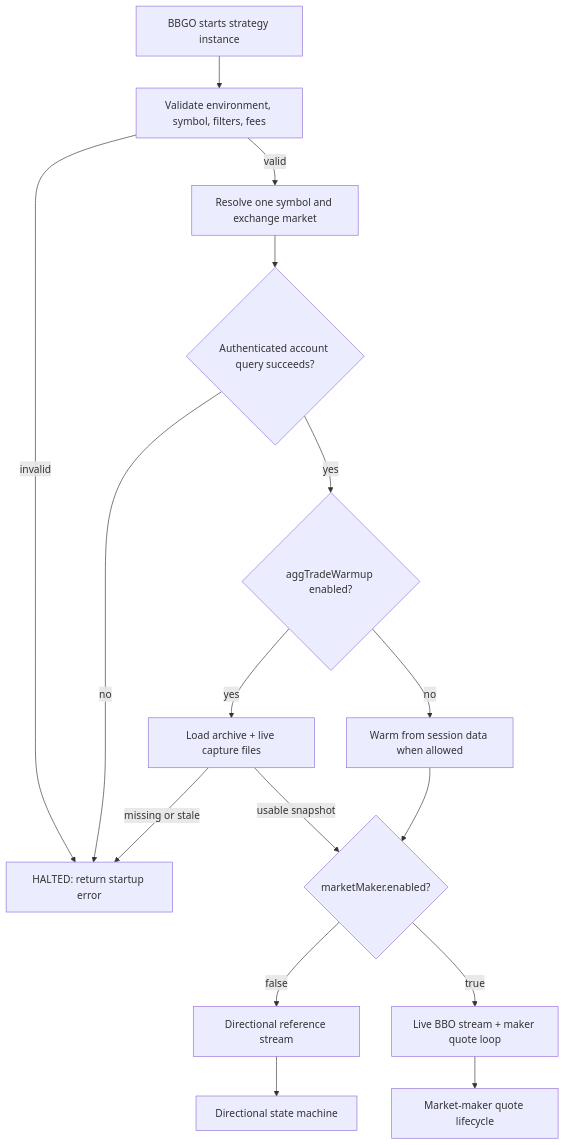
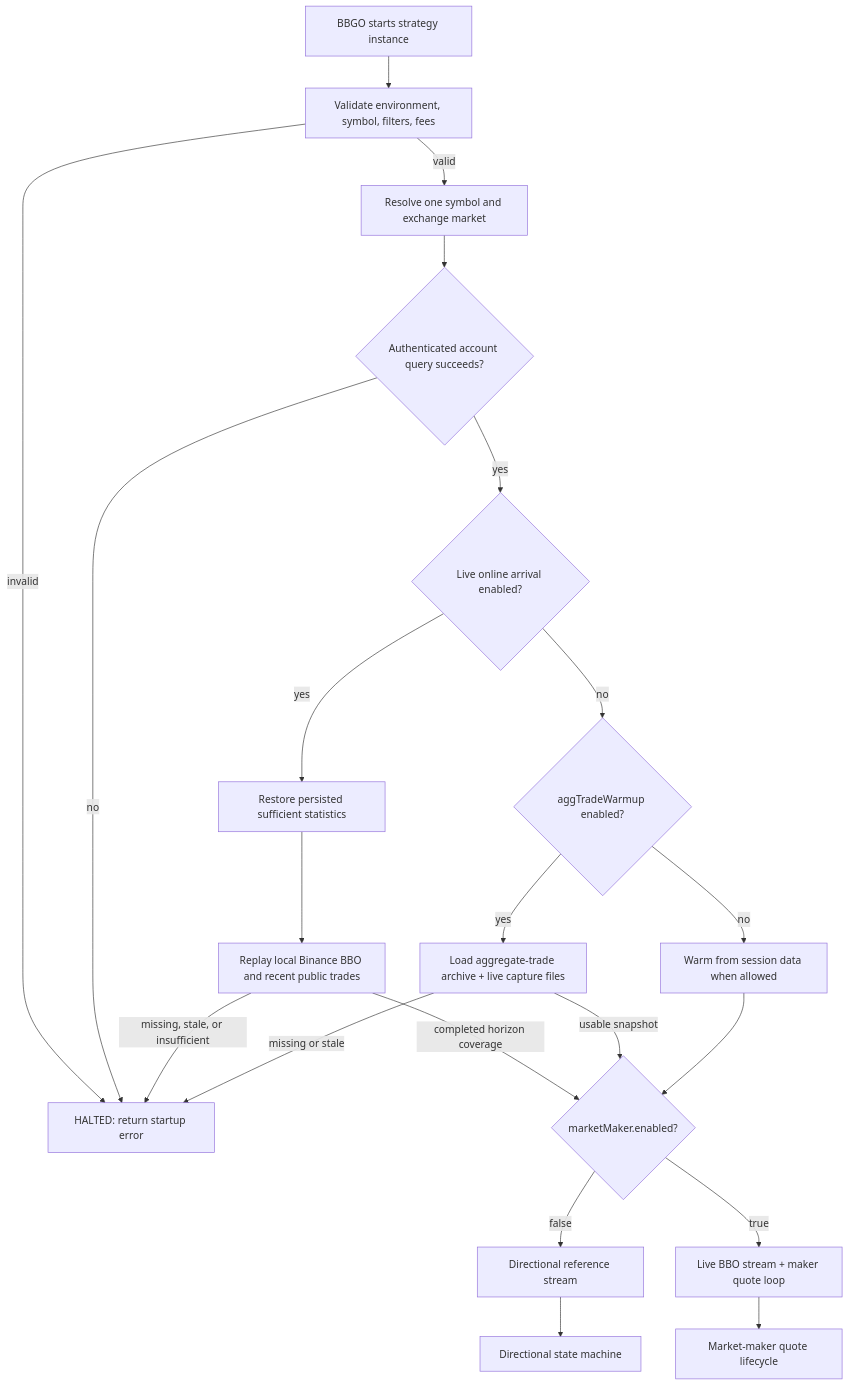
One commit to zenixls2/bbgo changed the first of 4 diagrams in docs/gammacapture.md. Above: the diagram before and after it, drawn with Mermaid. The commit also changed other lines of this file and 50 other files, not shown here.

Commit message:
Improve gamma-capture online market making

````diff
--- a/docs/gammacapture.md
+++ b/docs/gammacapture.md
@@ -45,18 +46,23 @@
 ```mermaid
 flowchart TD
   A[BBGO starts strategy instance] --> B[Validate environment, symbol, filters, fees]
   B -->|invalid| H[HALTED: return startup error]
   B -->|valid| C[Resolve one symbol and exchange market]
   C --> D{Authenticated account query succeeds?}
   D -->|no| H
-  D -->|yes| E{aggTradeWarmup enabled?}
-  E -->|no| F[Warm from session data when allowed]
-  E -->|yes| G[Load archive + live capture files]
-  G -->|missing or stale| H
-  G -->|usable snapshot| I{marketMaker.enabled?}
-  F --> I
+  D -->|yes| E{Live online arrival enabled?}
+  E -->|yes| F[Restore persisted sufficient statistics]
+  F --> P[Replay local Binance BBO and recent public trades]
+  P -->|missing, stale, or insufficient| H
+  P -->|completed horizon coverage| I{marketMaker.enabled?}
+  E -->|no| G{aggTradeWarmup enabled?}
+  G -->|yes| W[Load aggregate-trade archive + live capture files]
+  G -->|no| X[Warm from session data when allowed]
+  W -->|missing or stale| H
+  W -->|usable snapshot| I
+  X --> I
   I -->|false| J[Directional reference stream]
   I -->|true| K[Live BBO stream + maker quote loop]
   J --> L[Directional state machine]
   K --> M[Market-maker quote lifecycle]
 ```
````
